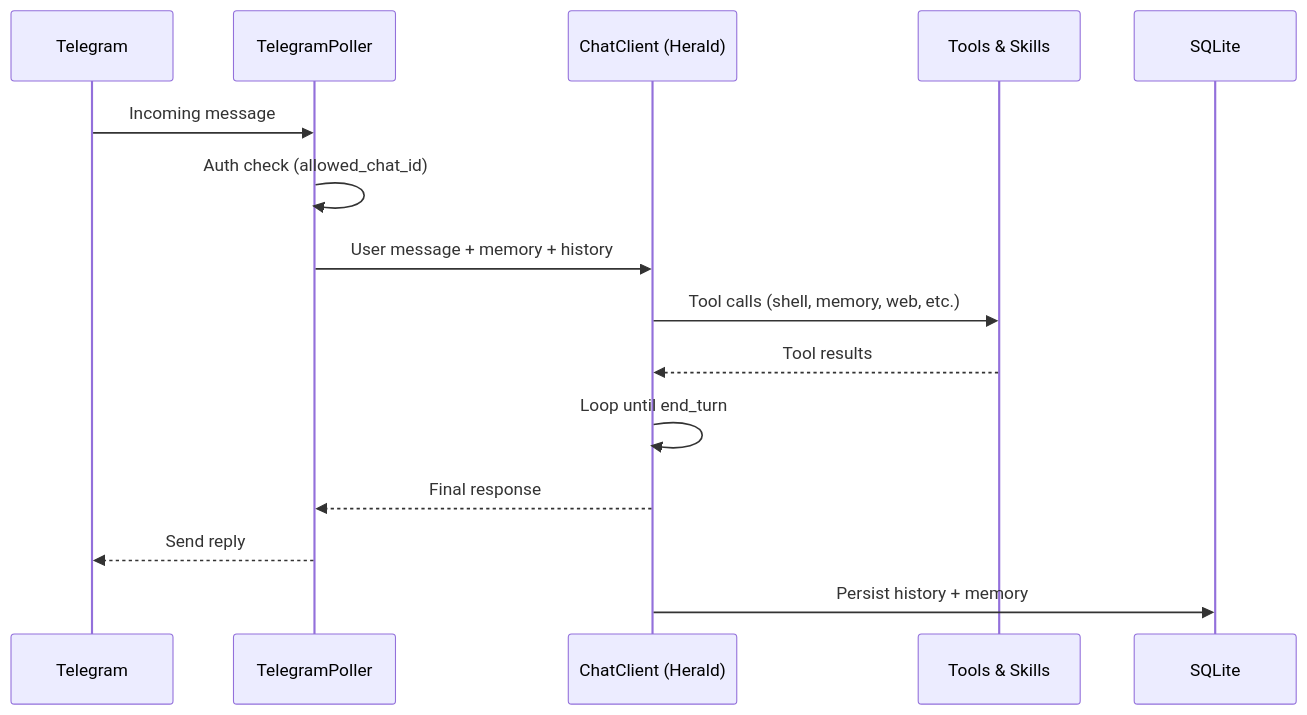
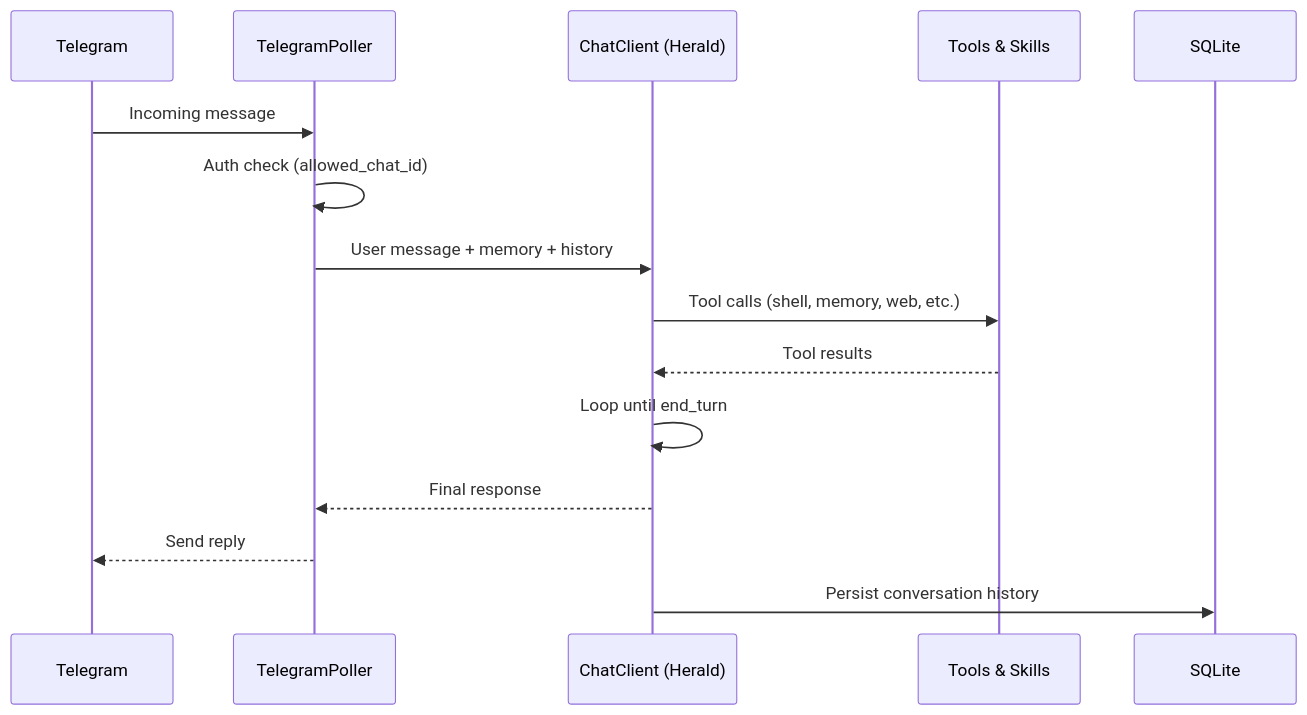
Before and after one commit to dbbaskette/herald: the second of 4 diagrams in README.md, drawn with Mermaid. The commit also changed other lines of this file and 41 other files, not shown here.

````diff
--- a/README.md
+++ b/README.md
@@ -139,18 +138,18 @@
 ```mermaid
 sequenceDiagram
     participant T as Telegram
     participant P as TelegramPoller
     participant A as ChatClient (Herald)
     participant Tools as Tools & Skills
     participant DB as SQLite
 
     T->>P: Incoming message
     P->>P: Auth check (allowed_chat_id)
     P->>A: User message + memory + history
     A->>Tools: Tool calls (shell, memory, web, etc.)
     Tools-->>A: Tool results
     A->>A: Loop until end_turn
     A-->>P: Final response
     P-->>T: Send reply
-    A->>DB: Persist history + memory
+    A->>DB: Persist conversation history
 ```
````
